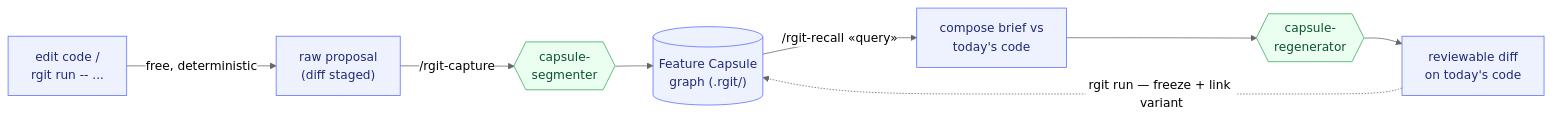
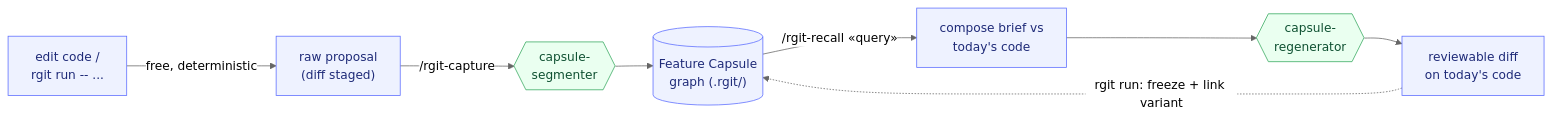
One commit to StepzeroLab/research-git changed the diagram in README.md. Above: the diagram before and after it, drawn with Mermaid (neutral theme). The commit also changed other lines of this file and 4 other files, not shown here.

````diff
--- a/README.md
+++ b/README.md
@@ -35,15 +99,15 @@
 ```mermaid
 flowchart LR
     A["edit code /<br/>rgit run -- ..."] -->|"free, deterministic"| B["raw proposal<br/>(diff staged)"]
     B -->|"/rgit-capture"| C{{"capsule-<br/>segmenter"}}
     C --> D[("Feature Capsule<br/>graph (.rgit/)")]
     D -->|"/rgit-recall «query»"| E["compose brief vs<br/>today's code"]
     E --> F{{"capsule-<br/>regenerator"}}
     F --> G["reviewable diff<br/>on today's code"]
-    G -.->|"rgit run — freeze + link variant"| D
+    G -.->|"rgit run: freeze + link variant"| D
 
     classDef engine fill:#eef2ff,stroke:#5b6cff,color:#1e2a78;
     classDef agent fill:#eafff0,stroke:#36a85f,color:#0f5132;
     class A,B,D,E,G engine;
     class C,F agent;
 ```
````
